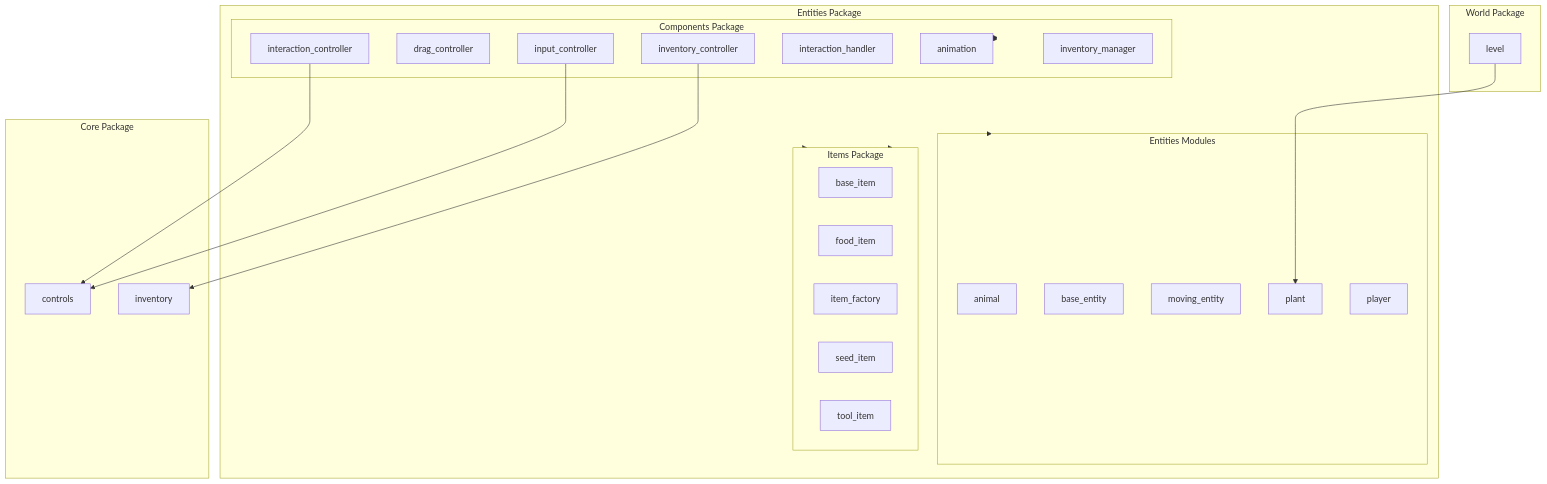
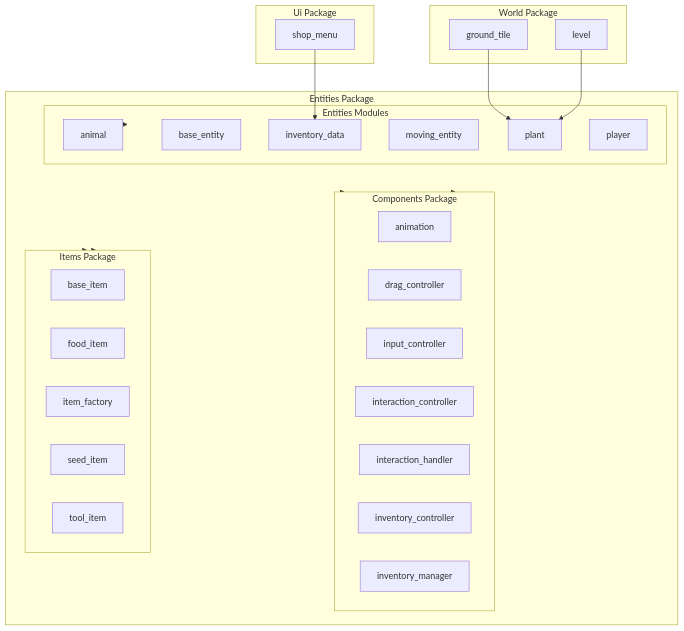
Before and after one commit to FlamboyantKiwi/Python-Plant-Sim: the diagram in diagrams/packages/package_entities.mmd, drawn with Mermaid. The commit also changed 98 other files, not shown here.

```diff
--- a/diagrams/packages/package_entities.mmd
+++ b/diagrams/packages/package_entities.mmd
@@ -1,46 +1,46 @@
 flowchart TB
     direction TB
 
     subgraph entities [Entities Package]
         subgraph entities_files [Entities Modules]
             animal
             base_entity
+            inventory_data
             moving_entity
             plant
             player
         end
         subgraph components [Components Package]
             animation
             drag_controller
             input_controller
             interaction_controller
             interaction_handler
             inventory_controller
             inventory_manager
         end
         subgraph items [Items Package]
             base_item
             food_item
             item_factory
             seed_item
             tool_item
         end
     end
-    subgraph core [Core Package]
-        controls
-        inventory
+    subgraph world [World Package]
+        ground_tile
+        level
     end
-    subgraph world [World Package]
-        level
+    subgraph ui [Ui Package]
+        shop_menu
     end
 
     %% Structural & Dependency Links
     entities --> components
     entities --> components
     entities --> entities_files
     entities --> items
     entities --> items
-    input_controller --> controls
-    interaction_controller --> controls
-    inventory_controller --> inventory
+    ground_tile --> plant
     level --> plant
+    shop_menu --> inventory_data
```
